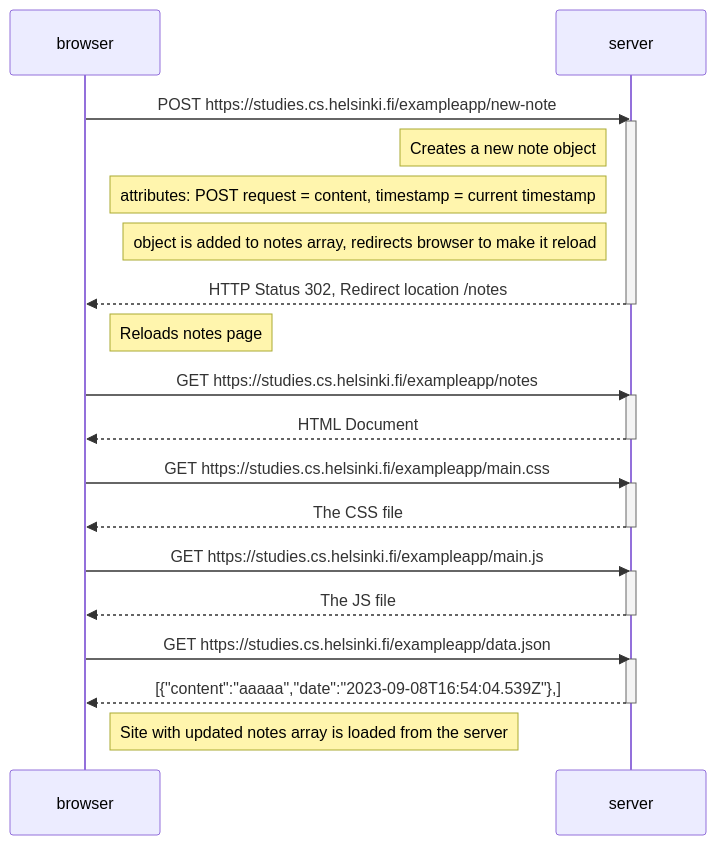
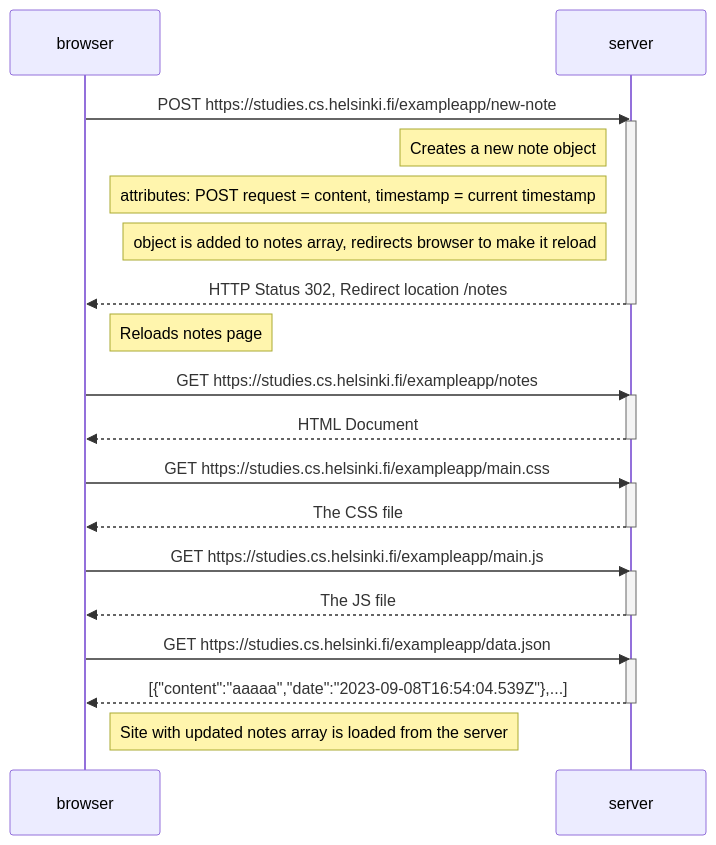
The diagram in .Markdown (Nark-arch/Full-Stack-Open-Coursework), drawn with Mermaid before and after one commit.

Commit message:
Update .Markdown

````diff
--- a/.Markdown
+++ b/.Markdown
@@ -1,35 +1,35 @@
 ```mermaid
   sequenceDiagram 
     participant browser
     participant server
     browser ->> server: POST https://studies.cs.helsinki.fi/exampleapp/new-note
     activate server
     note left of server: Creates a new note object
     note left of server: attributes: POST request = content, timestamp = current timestamp
     note left of server: object is added to notes array, redirects browser to make it reload
     server -->> browser: HTTP Status 302, Redirect location /notes
     deactivate server
     note right of browser: Reloads notes page
 
     
     browser ->> server: GET https://studies.cs.helsinki.fi/exampleapp/notes
     activate server
     server-->>browser: HTML Document
     deactivate server
 
     browser ->> server: GET https://studies.cs.helsinki.fi/exampleapp/main.css
     activate server
     server-->> browser: The CSS file
     deactivate server
 
     browser ->> server: GET https://studies.cs.helsinki.fi/exampleapp/main.js
     activate server
     server-->>browser: The JS file
     deactivate server
 
     browser ->> server: GET https://studies.cs.helsinki.fi/exampleapp/data.json
     activate server
-    server -->> browser: [{"content":"aaaaa","date":"2023-09-08T16:54:04.539Z"},]
+    server -->> browser: [{"content":"aaaaa","date":"2023-09-08T16:54:04.539Z"},...]
     deactivate server
     note right of browser: Site with updated notes array is loaded from the server
 ```
````
